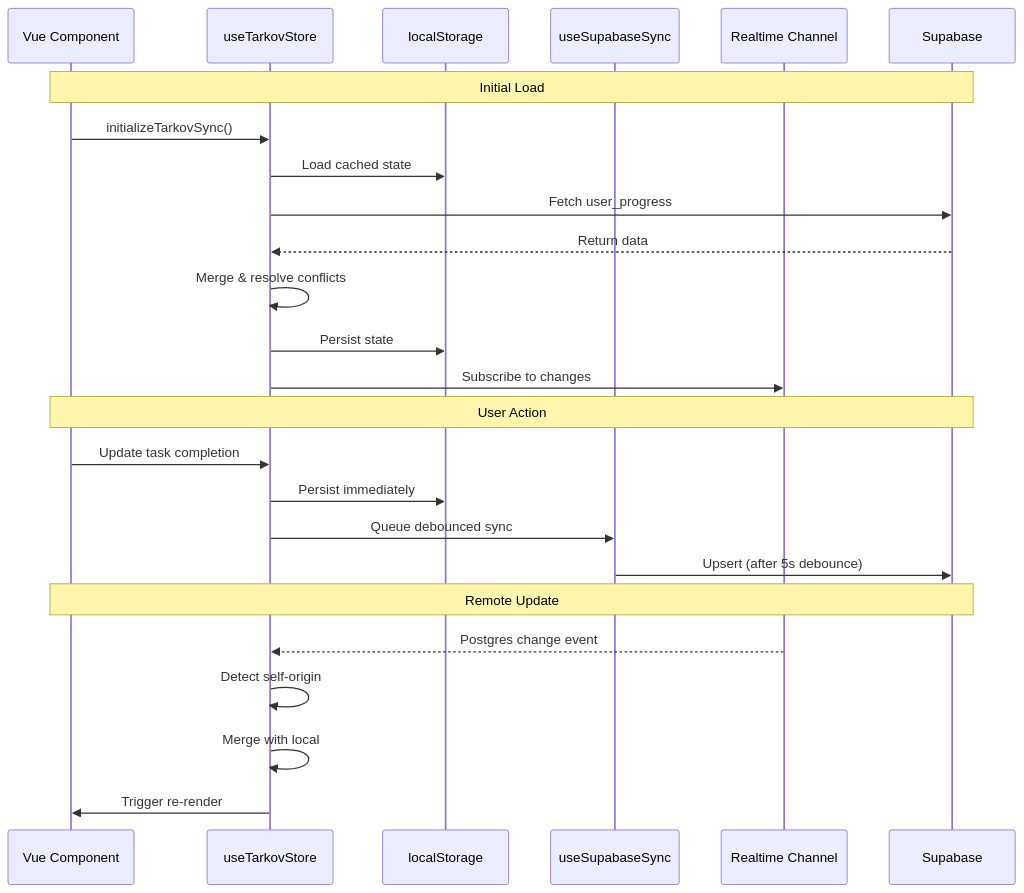
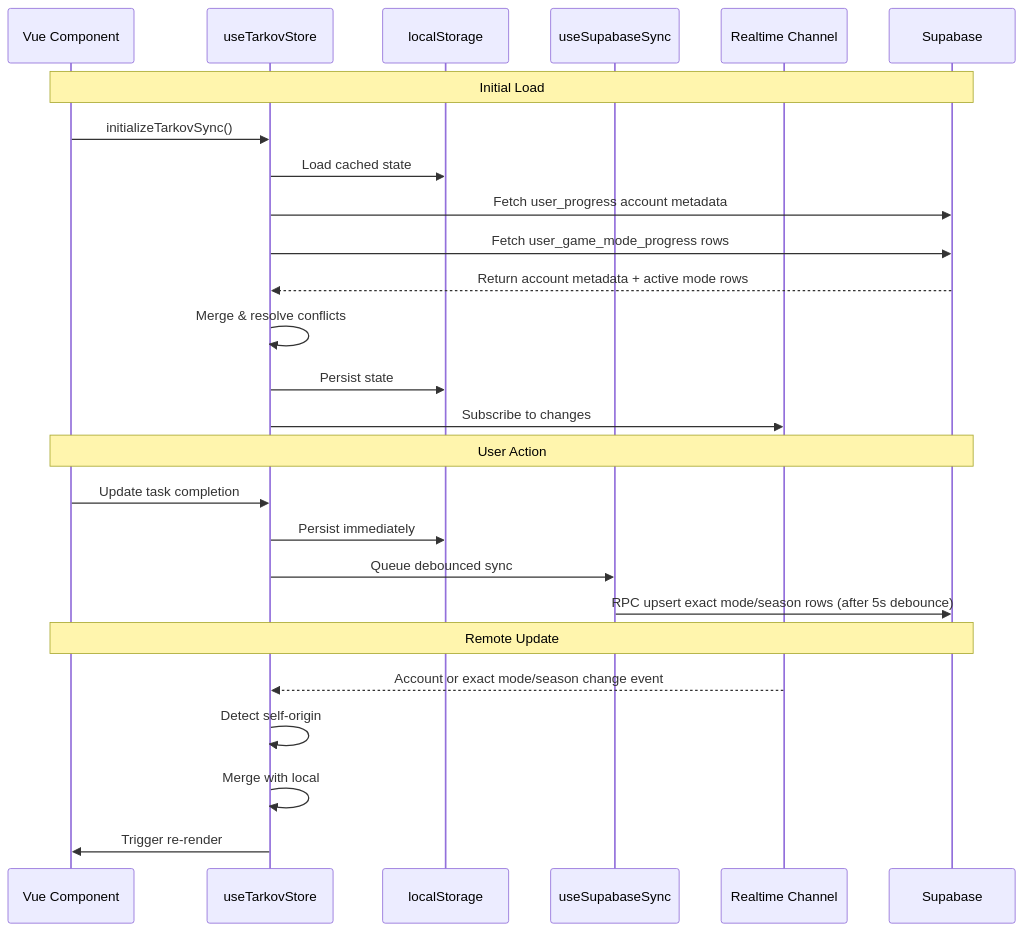
One commit to tarkovtracker-org/TarkovTracker changed the second of 4 diagrams in docs/ARCHITECTURE.md. Above: the diagram before and after it, drawn with Mermaid. The commit also changed other lines of this file and 92 other files, not shown here.

Commit message:
feat: add seasonal game mode progress

````diff
--- a/docs/ARCHITECTURE.md
+++ b/docs/ARCHITECTURE.md
@@ -211,30 +214,31 @@
 ```mermaid
 sequenceDiagram
     participant UI as Vue Component
     participant Store as useTarkovStore
     participant Local as localStorage
     participant Sync as useSupabaseSync
     participant RT as Realtime Channel
     participant DB as Supabase
 
     Note over UI,DB: Initial Load
     UI->>Store: initializeTarkovSync()
     Store->>Local: Load cached state
-    Store->>DB: Fetch user_progress
-    DB-->>Store: Return data
+    Store->>DB: Fetch user_progress account metadata
+    Store->>DB: Fetch user_game_mode_progress rows
+    DB-->>Store: Return account metadata + active mode rows
     Store->>Store: Merge & resolve conflicts
     Store->>Local: Persist state
     Store->>RT: Subscribe to changes
 
     Note over UI,DB: User Action
     UI->>Store: Update task completion
     Store->>Local: Persist immediately
     Store->>Sync: Queue debounced sync
-    Sync->>DB: Upsert (after 5s debounce)
+    Sync->>DB: RPC upsert exact mode/season rows (after 5s debounce)
 
     Note over UI,DB: Remote Update
-    RT-->>Store: Postgres change event
+    RT-->>Store: Account or exact mode/season change event
     Store->>Store: Detect self-origin
     Store->>Store: Merge with local
     Store->>UI: Trigger re-render
 ```
````
